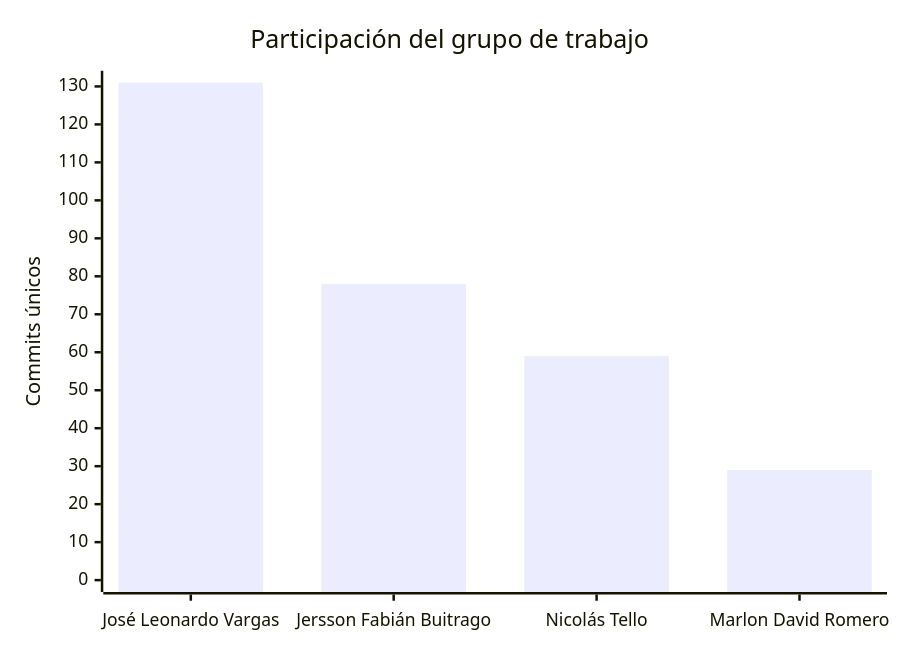
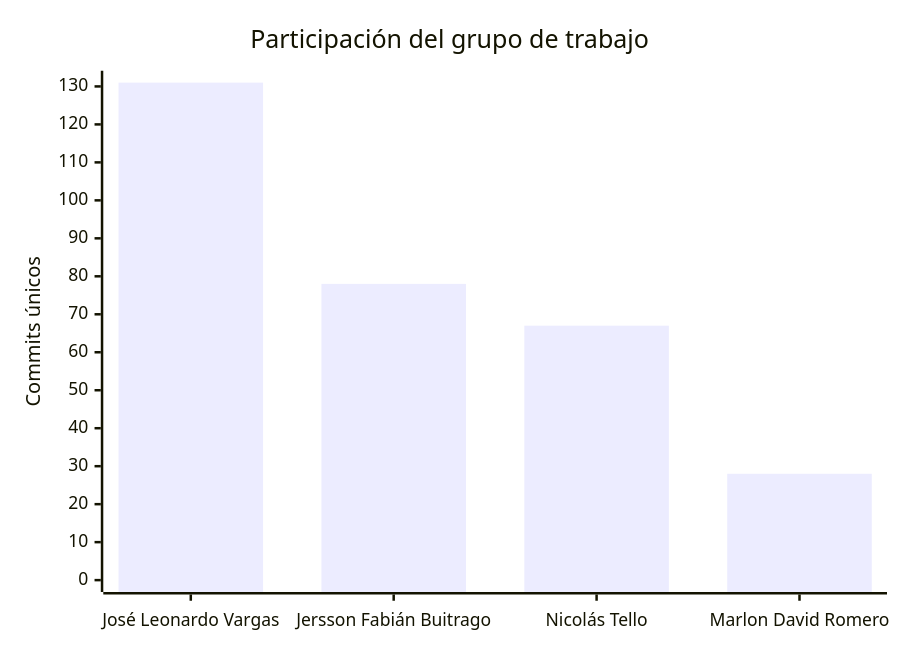
The second of 2 diagrams in README.md (FarmaExpres/FarmaExpres), drawn with Mermaid before and after one commit. The commit also changed other lines of this file and 1 other file, not shown here.

````diff
--- a/README.md
+++ b/README.md
@@ -401,7 +401,7 @@
 ```mermaid
 xychart-beta
     title "Participación del grupo de trabajo"
     x-axis ["José Leonardo Vargas", "Jersson Fabián Buitrago", "Nicolás Tello", "Marlon David Romero"]
     y-axis "Commits únicos" 0 --> 131
-    bar [131, 78, 59, 29]
+    bar [131, 78, 67, 28]
 ```
````
